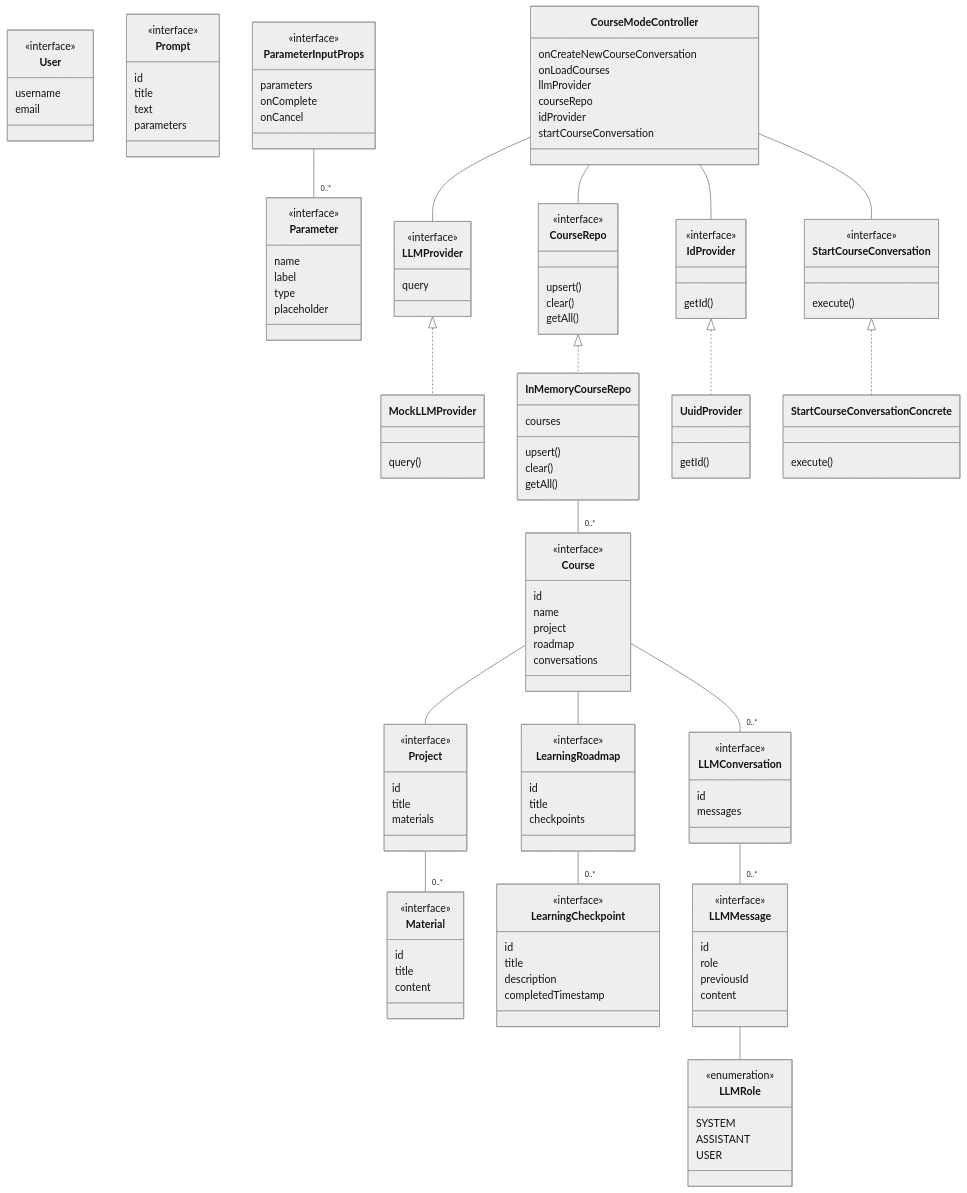
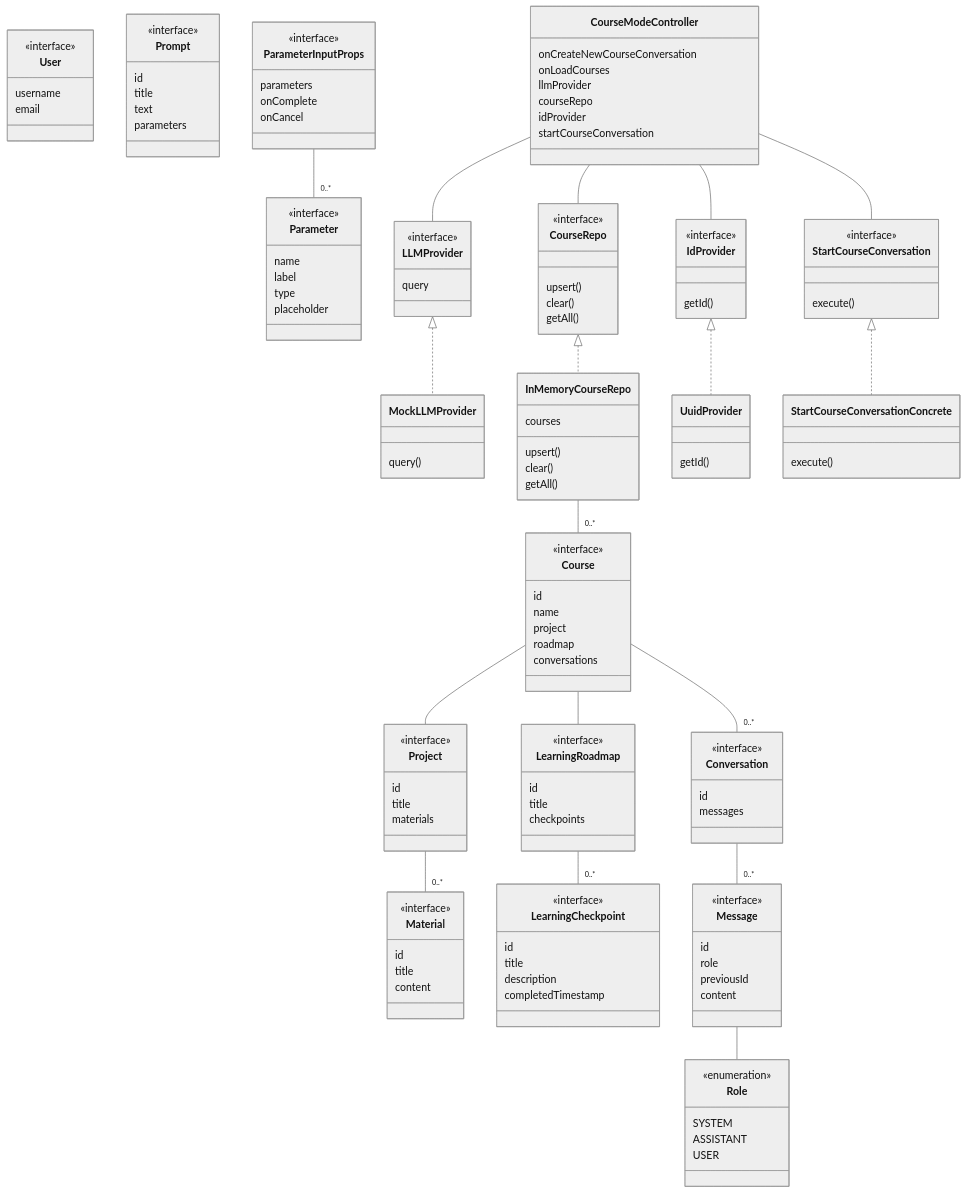
One commit to Lukasz-gro/ai-reader changed the diagram in docs/class.mmd. Above: the diagram before and after it, drawn with Mermaid (neutral theme). The commit also changed 16 other files, not shown here.

```diff
--- a/docs/class.mmd
+++ b/docs/class.mmd
@@ -1,157 +1,157 @@
 
 classDiagram
 
 
-class LLMConversation {
+class Conversation {
             <<interface>>
             id
 messages
             
         }
-LLMConversation  -- "0..*" LLMMessage
+Conversation  -- "0..*" Message
 class Material {
             <<interface>>
             id
 title
 content
             
         }
 class Project {
             <<interface>>
             id
 title
 materials
             
         }
 Project  -- "0..*" Material
 class User {
             <<interface>>
             username
 email
             
         }
 class Course {
             <<interface>>
             id
 name
 project
 roadmap
 conversations
             
         }
 Course  --  Project
 Course  --  LearningRoadmap
-Course  -- "0..*" LLMConversation
+Course  -- "0..*" Conversation
 class LearningCheckpoint {
             <<interface>>
             id
 title
 description
 completedTimestamp
             
         }
 class LearningRoadmap {
             <<interface>>
             id
 title
 checkpoints
             
         }
 LearningRoadmap  -- "0..*" LearningCheckpoint
 class UuidProvider{
             
             getId()
         }
 IdProvider<|..UuidProvider
 class MockLLMProvider{
             
             query()
         }
 LLMProvider<|..MockLLMProvider
 class Prompt {
             <<interface>>
             id
 title
 text
 parameters
             
         }
 class Parameter {
             <<interface>>
             name
 label
 type
 placeholder
             
         }
 class ParameterInputProps {
             <<interface>>
             parameters
 onComplete
 onCancel
             
         }
 ParameterInputProps  -- "0..*" Parameter
 class StartCourseConversationConcrete{
             
             execute()
         }
 StartCourseConversation<|..StartCourseConversationConcrete
 class InMemoryCourseRepo{
             courses
             upsert()
 clear()
 getAll()
         }
 CourseRepo<|..InMemoryCourseRepo
 InMemoryCourseRepo  -- "0..*" Course
 class CourseModeController{
             onCreateNewCourseConversation
 onLoadCourses
 llmProvider
 courseRepo
 idProvider
 startCourseConversation
             
         }
 CourseModeController  --  LLMProvider
 CourseModeController  --  CourseRepo
 CourseModeController  --  IdProvider
 CourseModeController  --  StartCourseConversation
 class IdProvider {
             <<interface>>
             
             getId()
         }
 class LLMProvider {
             <<interface>>
             query
             
         }
-class LLMMessage {
+class Message {
             <<interface>>
             id
 role
 previousId
 content
             
         }
-class LLMRole {
+class Role {
         <<enumeration>>
         SYSTEM
 ASSISTANT
 USER
       }
-LLMMessage  --  LLMRole
+Message  --  Role
 class StartCourseConversation {
             <<interface>>
             
             execute()
         }
 class CourseRepo {
             <<interface>>
             
             upsert()
 clear()
 getAll()
         }
```
